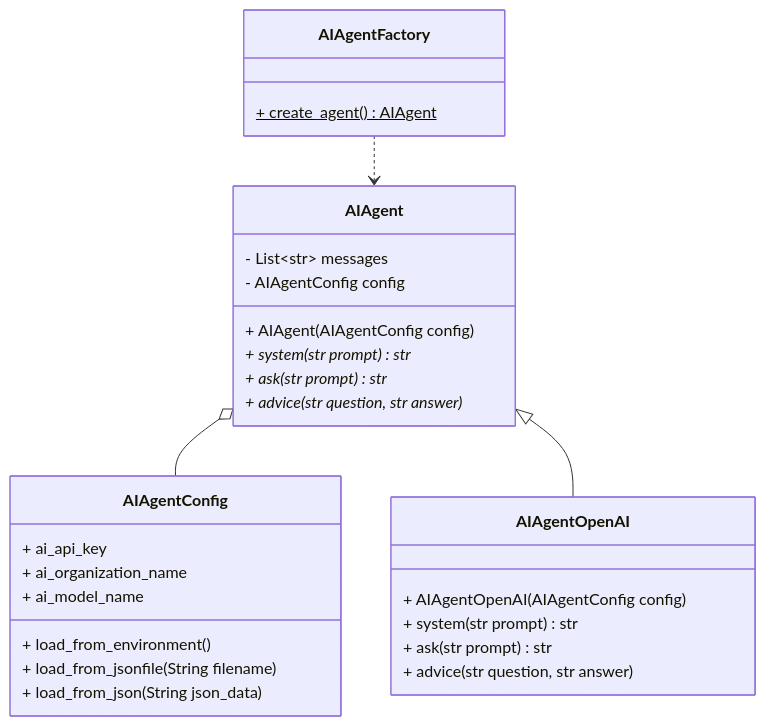
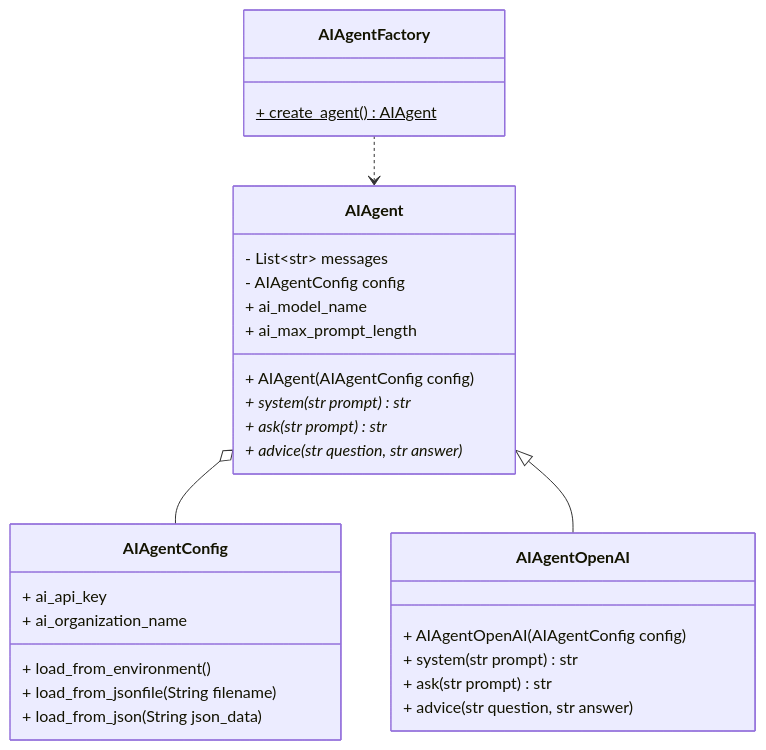
The first of 2 diagrams in docs/agents.md (BernLeWal/AICodeMentor), drawn with Mermaid before and after one commit. The commit also changed 11 other files, not shown here.

````diff
--- a/docs/agents.md
+++ b/docs/agents.md
@@ -89,35 +89,36 @@
 ```mermaid
 classDiagram
     class AIAgentConfig {
         + ai_api_key
         + ai_organization_name
-        + ai_model_name
         + load_from_environment()
         + load_from_jsonfile(String filename)
         + load_from_json(String json_data)
     }
 
     class AIAgent {
         - List~str~ messages
         - AIAgentConfig config
+        + ai_model_name
+        + ai_max_prompt_length
 
         + AIAgent( AIAgentConfig config )
         + system( str prompt )* str
         + ask( str prompt )* str
         + advice( str question, str answer)* 
     }
     AIAgent o-- AIAgentConfig
 
     class AIAgentOpenAI {
         + AIAgentOpenAI( AIAgentConfig config )
         + system( str prompt ) str
         + ask( str prompt ) str
         + advice( str question, str answer)
     }
     AIAgent <|-- AIAgentOpenAI
 
     class AIAgentFactory {
         + create_agent()$ AIAgent
     }
     AIAgentFactory ..> AIAgent
 ```
````
